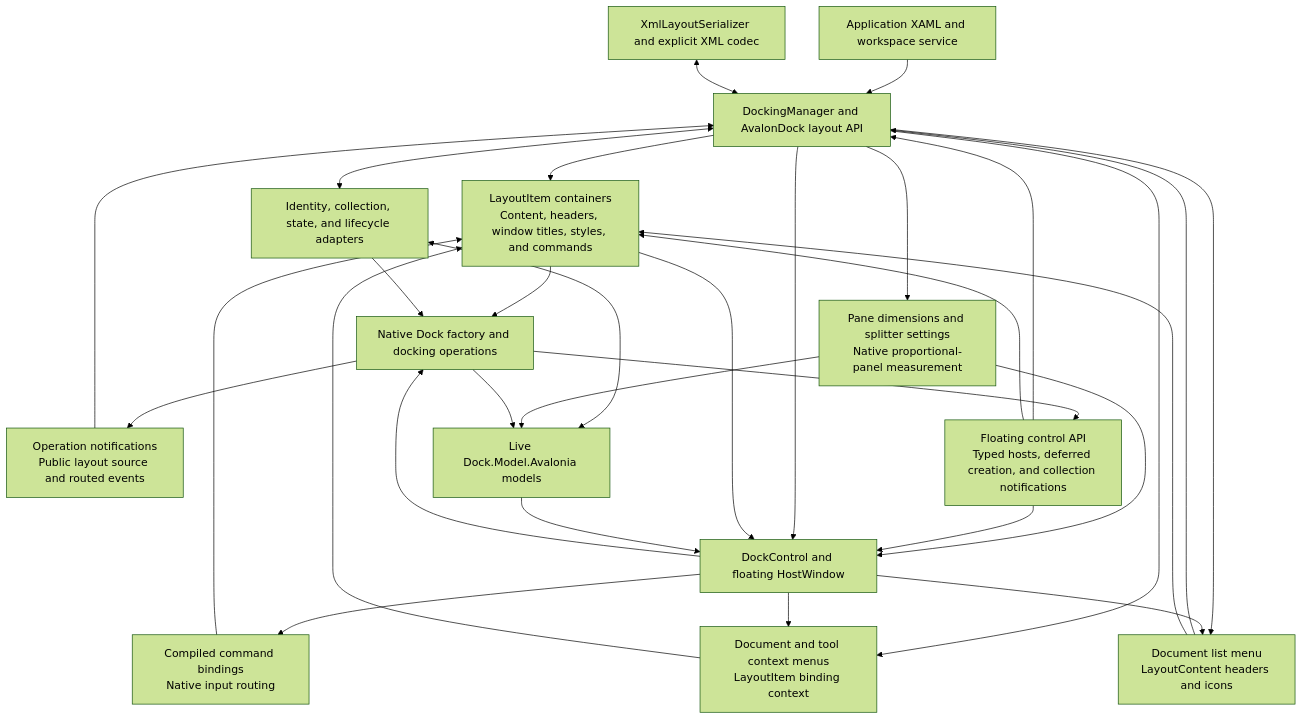
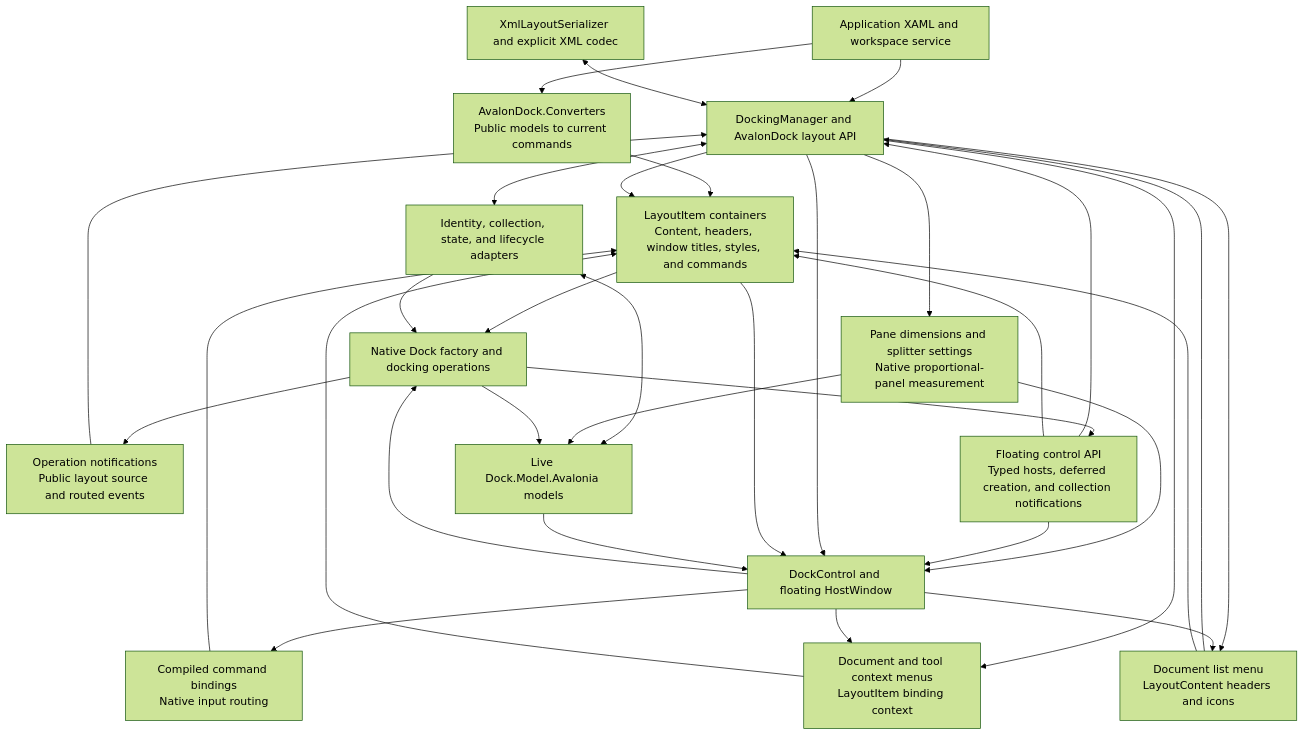
One commit to wieslawsoltes/Dock changed the diagram in src/Dock.Avalonia.AvalonDock/AVALONDOCK.md. Above: the diagram before and after it, drawn with Mermaid (forest theme). The commit also changed other lines of this file and 23 other files, not shown here.

Commit message:
Add AvalonDock binding converters over native item commands

````diff
--- a/src/Dock.Avalonia.AvalonDock/AVALONDOCK.md
+++ b/src/Dock.Avalonia.AvalonDock/AVALONDOCK.md
@@ -376,47 +390,50 @@
 ```mermaid
 flowchart TB
     App["Application XAML and workspace service"]
     Api["DockingManager and AvalonDock layout API"]
     Items["LayoutItem containers<br/>Content, headers, window titles, styles, and commands"]
     Commands["Compiled command bindings<br/>Native input routing"]
+    Converters["AvalonDock.Converters<br/>Public models to current commands"]
     Menus["Document and tool context menus<br/>LayoutItem binding context"]
     DocumentList["Document list menu<br/>LayoutContent headers and icons"]
     Bridge["Identity, collection, state, and lifecycle adapters"]
     Events["Operation notifications<br/>Public layout source and routed events"]
     Hosts["Floating control API<br/>Typed hosts, deferred creation, and collection notifications"]
     Sizing["Pane dimensions and splitter settings<br/>Native proportional-panel measurement"]
     Models["Live Dock.Model.Avalonia models"]
     Factory["Native Dock factory and docking operations"]
     View["DockControl and floating HostWindow"]
     Xml["XmlLayoutSerializer and explicit XML codec"]
     App --> Api
+    App --> Converters
+    Converters --> Items
     Api --> Items
     Items --> Factory
     Api <--> Bridge
     Bridge <--> Models
     Api --> Sizing
     Sizing --> Models
     Sizing --> View
     Bridge --> Factory
     Factory --> Models
     Factory --> Events
     Events --> Api
     Factory --> Hosts
     Hosts --> View
     Hosts --> Api
     Hosts --> Items
     Api --> View
     Items --> View
     View --> Commands
     Commands --> Items
     Api --> Menus
     View --> Menus
     Menus --> Items
     Api --> DocumentList
     View --> DocumentList
     DocumentList --> Api
     DocumentList --> Items
     Models --> View
     View --> Factory
     Xml <--> Api
 ```
````
